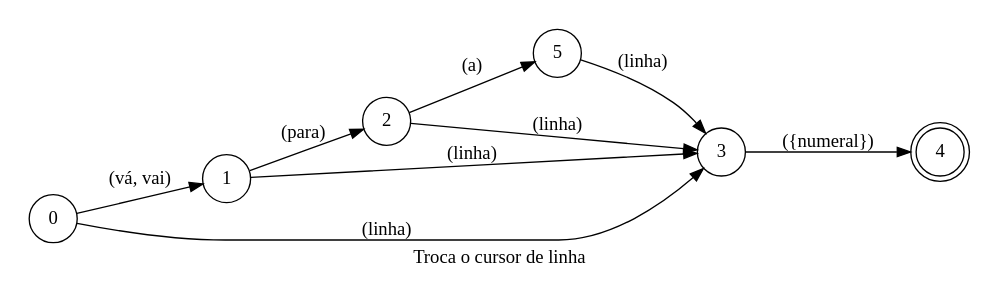
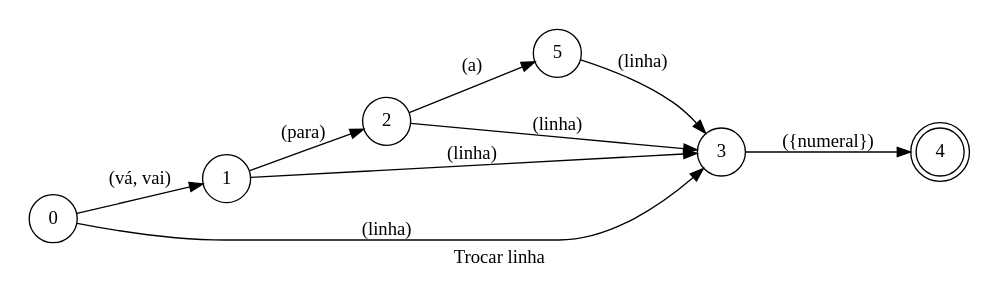
The diagram in spoken/src/modules/typescript/go_to_line/phrase_pt-BR.dot (pedrooaugusto/speech-to-code), drawn with Graphviz before and after one commit. The commit also changed 34 other files, not shown here.

```diff
--- a/spoken/src/modules/typescript/go_to_line/phrase_pt-BR.dot
+++ b/spoken/src/modules/typescript/go_to_line/phrase_pt-BR.dot
@@ -1,19 +1,19 @@
 digraph GoToLine {
     id="GoToLine";
-    label="Troca o cursor de linha";
+    label="Trocar linha";
     lang="pt-BR";
     langName="Português";
     pad="0.2";
     rankdir=LR;
     node[shape=doublecircle]; 4;
     node[shape=circle];
 
     0 -> 1 [label="(vá, vai)"];
     1 -> 2 [label="(para)"];
     2 -> 5 [label="(a)"];
     {2 1 0 5} -> 3 [label="(linha)"];
     3 -> 4 [label="({numeral})", store=line];
 
-    title="Cria uma linha nova";
-    desc="Cria uma linha nova abaixo ou acima da linha atual";
+    title="Trocar linha";
+    desc="Move or cursor para uma linha diferente";
 }
```
